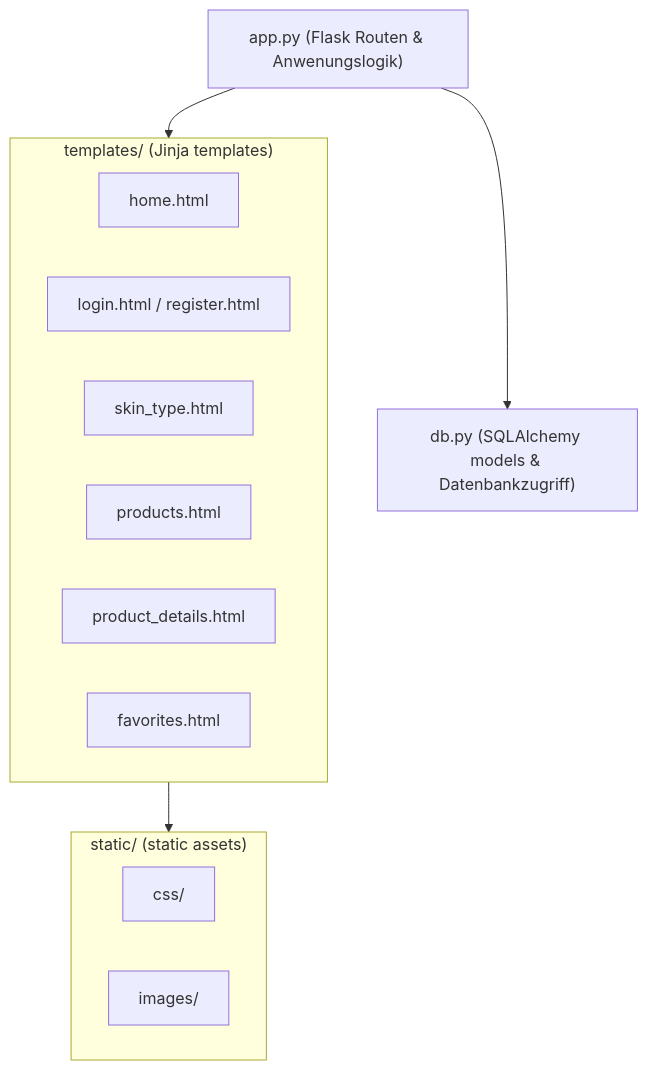
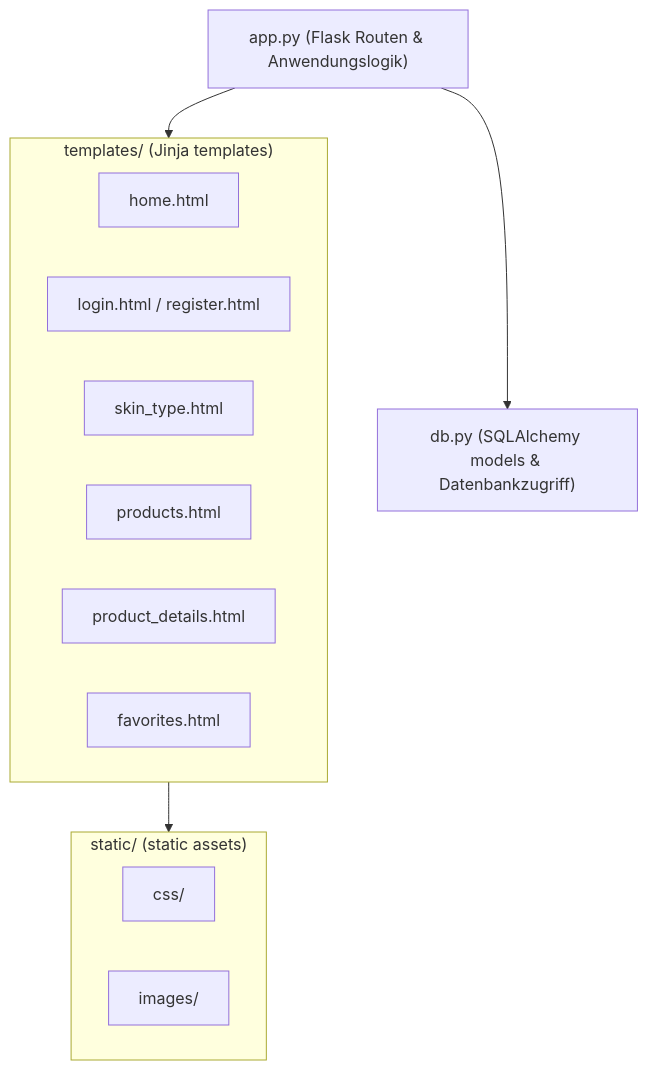
One commit to Tiberja/SkinSense changed the diagram in docs/technical-docs/architecture.md. Above: the diagram before and after it, drawn with Mermaid.

````diff
--- a/docs/technical-docs/architecture.md
+++ b/docs/technical-docs/architecture.md
@@ -39,23 +39,24 @@
 ```mermaid
 graph TD
-    app["app.py (Flask Routen & Anwenungslogik)"]
+    app["app.py (Flask Routen & Anwendungslogik)"]
     db["db.py (SQLAlchemy models & Datenbankzugriff)"]
 
     subgraph Templates["templates/ (Jinja templates)"]
+
       t_home["home.html"]
       t_login["login.html / register.html"]
       t_skin["skin_type.html"]
       t_products["products.html"]
       t_details["product_details.html"]
       t_fav["favorites.html"]
     end
 
     subgraph Static["static/ (static assets)"]
       css["css/"]
       imgs["images/"]
     end
 
     app --> db
     app --> Templates
     Templates --> Static
 ```
````
